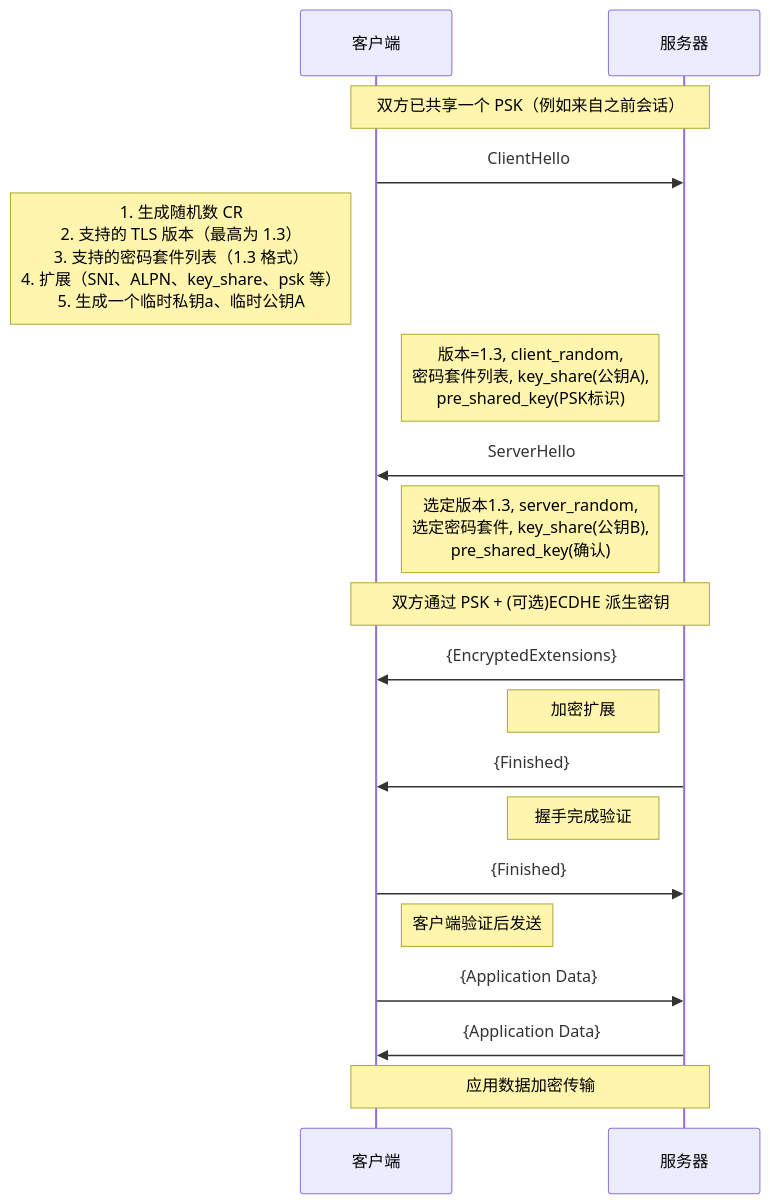
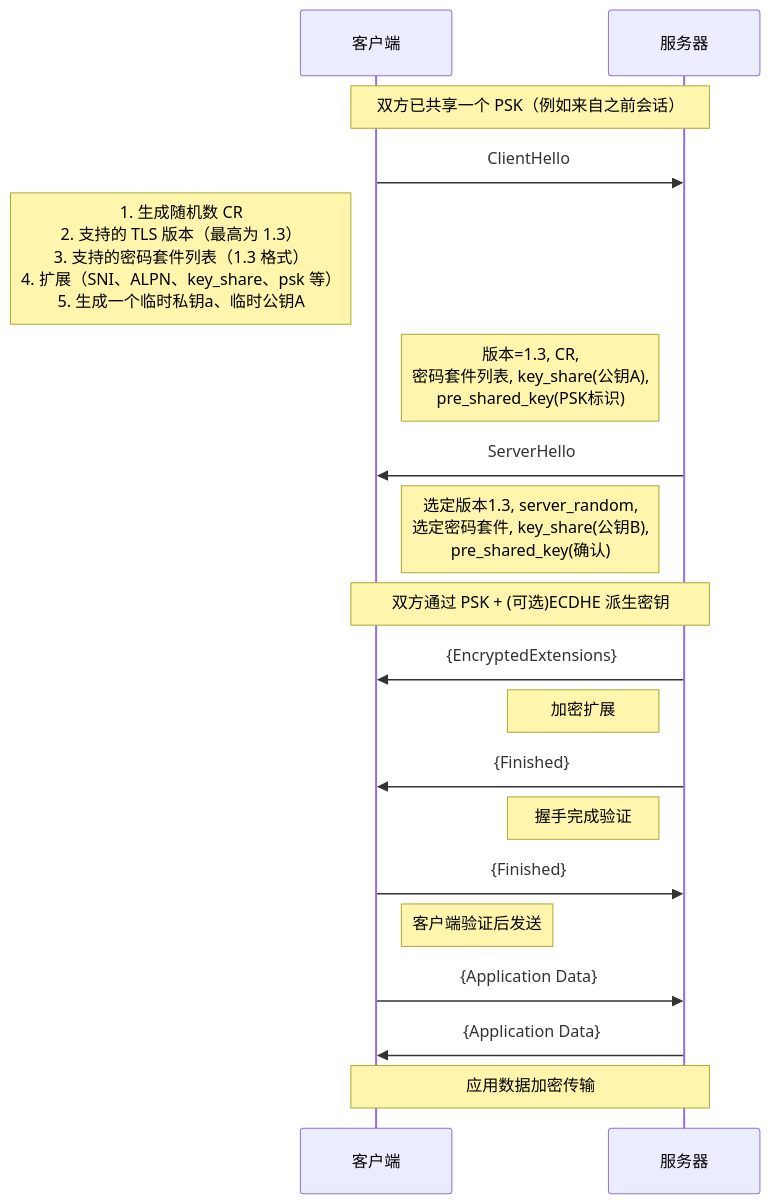
One commit to HY-10-8/iodraw-files changed the diagram in all/TLS-1.3-通用.md. Above: the diagram before and after it, drawn with Mermaid.

Commit message:
2026-03-30 17:55:09 update

````diff
--- a/all/TLS-1.3-通用.md
+++ b/all/TLS-1.3-通用.md
@@ -1,29 +1,29 @@
 ```mermaid
 sequenceDiagram
     participant C as 客户端
     participant S as 服务器
 
     Note over C,S: 双方已共享一个 PSK（例如来自之前会话）
 
     C->>S: ClientHello
     Note left of C: 1. 生成随机数 CR<br/> 2. 支持的 TLS 版本（最高为 1.3）<br/> 3. 支持的密码套件列表（1.3 格式）<br/> 4. 扩展（SNI、ALPN、key_share、psk 等）<br/> 5. 生成一个临时私钥a、临时公钥A
-    Note right of C: 版本=1.3, client_random,<br/> 密码套件列表, key_share(公钥A),<br/> pre_shared_key(PSK标识)
+    Note right of C: 版本=1.3, CR,<br/> 密码套件列表, key_share(公钥A),<br/> pre_shared_key(PSK标识)
 
     S->>C: ServerHello
     Note left of S: 选定版本1.3, server_random,<br/> 选定密码套件, key_share(公钥B),<br/> pre_shared_key(确认)
 
     Note over C,S: 双方通过 PSK + (可选)ECDHE 派生密钥
 
     S->>C: {EncryptedExtensions}
     Note left of S: 加密扩展
 
     S->>C: {Finished}
     Note left of S: 握手完成验证
 
     C->>S: {Finished}
     Note right of C: 客户端验证后发送
 
     C->>S: {Application Data}
     S->>C: {Application Data}
     Note over C,S: 应用数据加密传输
 ```
````
